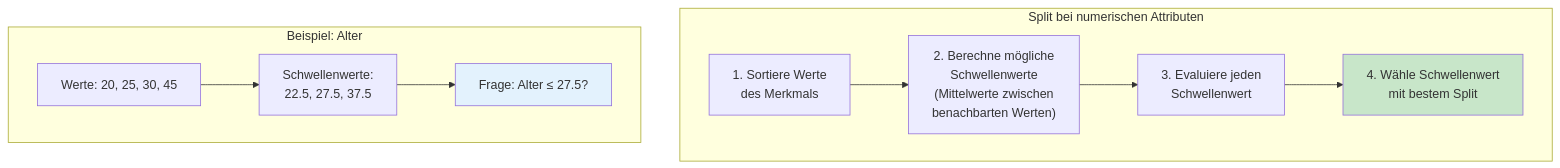
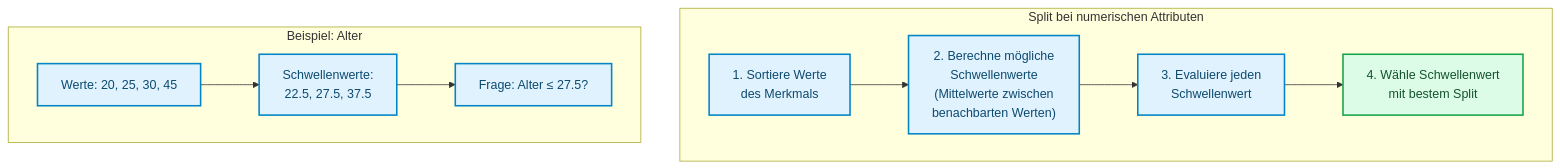
Before and after one commit to ralf-42/ML_Intro: the third of 6 diagrams in docs/concepts/modeling/decision_tree.md, drawn with Mermaid. The commit also changed other lines of this file and 67 other files, not shown here.

````diff
--- a/docs/concepts/modeling/decision_tree.md
+++ b/docs/concepts/modeling/decision_tree.md
@@ -113,22 +110,23 @@
 ```mermaid
 flowchart TB
     subgraph numerisch["Split bei numerischen Attributen"]
         S1["1. Sortiere Werte<br/>des Merkmals"]
         S2["2. Berechne mögliche<br/>Schwellenwerte<br/>(Mittelwerte zwischen<br/>benachbarten Werten)"]
         S3["3. Evaluiere jeden<br/>Schwellenwert"]
         S4["4. Wähle Schwellenwert<br/>mit bestem Split"]
         
         S1 --> S2 --> S3 --> S4
     end
     
     subgraph beispiel["Beispiel: Alter"]
         W["Werte: 20, 25, 30, 45"]
         T["Schwellenwerte:<br/>22.5, 27.5, 37.5"]
         F["Frage: Alter ≤ 27.5?"]
         
         W --> T --> F
     end
-    
-    style S4 fill:#c8e6c9
-    style F fill:#e3f2fd
+
+    classDef default fill:#e0f2fe,stroke:#0284c7,stroke-width:2px,color:#0c4a6e;
+    classDef output fill:#dcfce7,stroke:#16a34a,stroke-width:2px,color:#14532d;
+    class S4 output;
 ```
````
